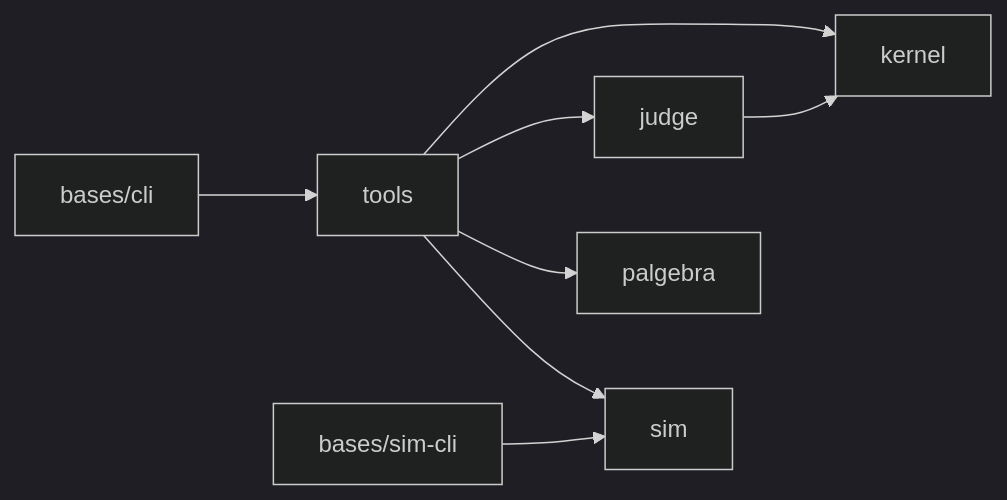
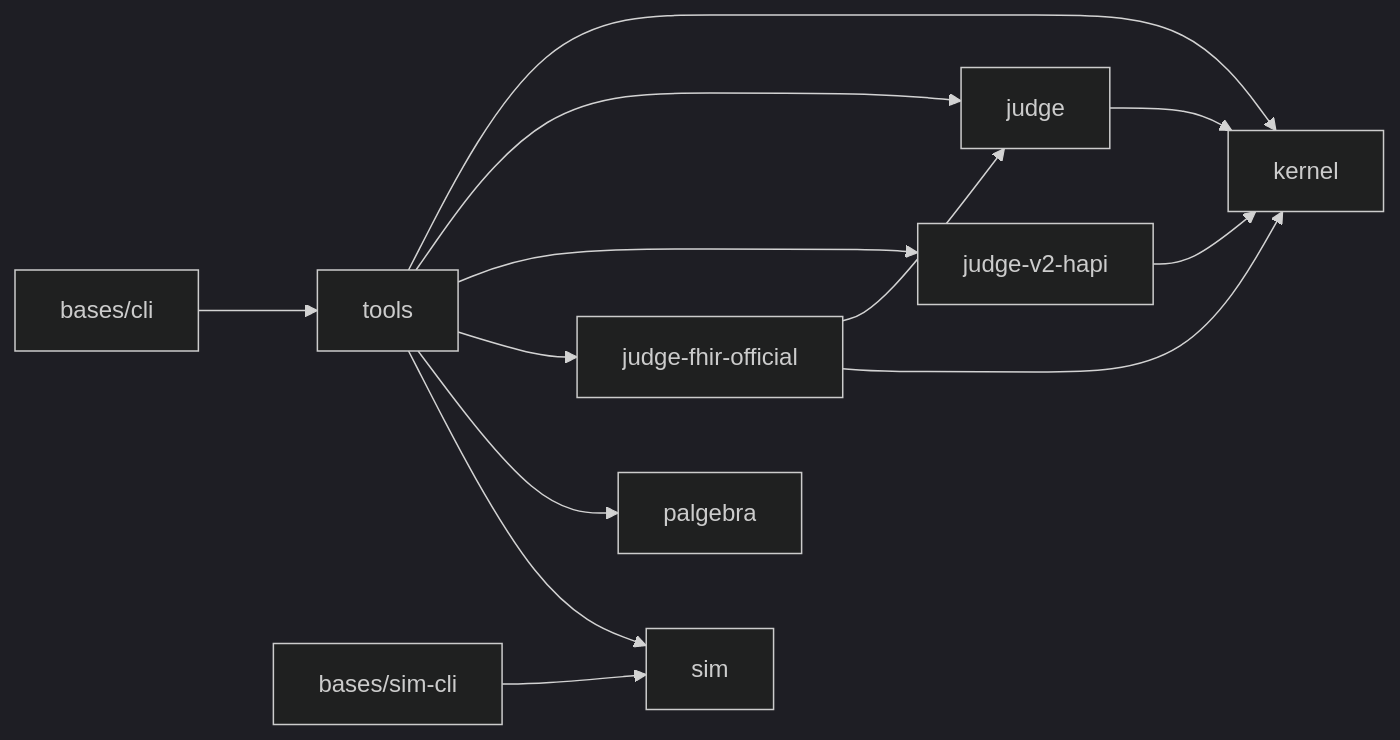
Before and after one commit to pragsmike/ehr-testing-tools: the diagram in docs/dev/architecture.md, drawn with Mermaid (dark theme). The commit also changed other lines of this file and 1 other file, not shown here.

First line of the commit message:
docs: architecture and AGENTS reflect the judge engine split (ADR-0011)

````diff
--- a/docs/dev/architecture.md
+++ b/docs/dev/architecture.md
@@ -25,18 +25,25 @@
 ```mermaid
 flowchart LR
     kernel[kernel]
     judge[judge]
+    judgev2hapi[judge-v2-hapi]
+    judgefhirofficial[judge-fhir-official]
     tools[tools]
     palgebra[palgebra]
     sim[sim]
     cli[bases/cli]
     simcli[bases/sim-cli]
 
     judge --> kernel
+    judgev2hapi --> kernel
+    judgefhirofficial --> judge
+    judgefhirofficial --> kernel
     tools --> kernel
     tools --> judge
+    tools --> judgev2hapi
+    tools --> judgefhirofficial
     tools --> palgebra
     tools --> sim
     cli --> tools
     simcli --> sim
 ```
````
